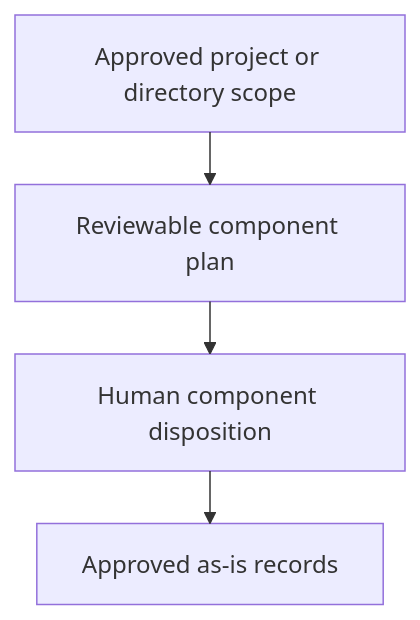
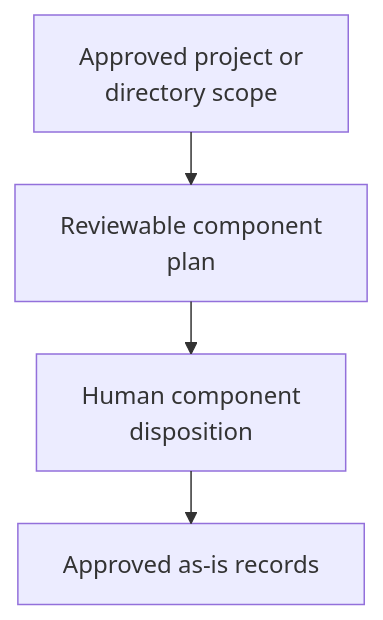
Before and after one commit to abstract-business-systems/as-is: the diagram in skills/integrate-as-is-documentation/as-is.md, drawn with Mermaid. The commit also changed 47 other files, not shown here.

Commit message:
docs(diagrams): improve Mermaid readability validation

````diff
--- a/skills/integrate-as-is-documentation/as-is.md
+++ b/skills/integrate-as-is-documentation/as-is.md
@@ -16,10 +16,10 @@
 ```mermaid
 ---
 config:
   layout: elk
 ---
 flowchart TB
-    Scope["Approved project or directory scope"] --> Plan["Reviewable component plan"]
-    Plan --> Approval["Human component disposition"]
+    Scope["Approved project or<br/>directory scope"] --> Plan["Reviewable component<br/>plan"]
+    Plan --> Approval["Human component<br/>disposition"]
     Approval --> Records["Approved as-is records"]
 ```
````
